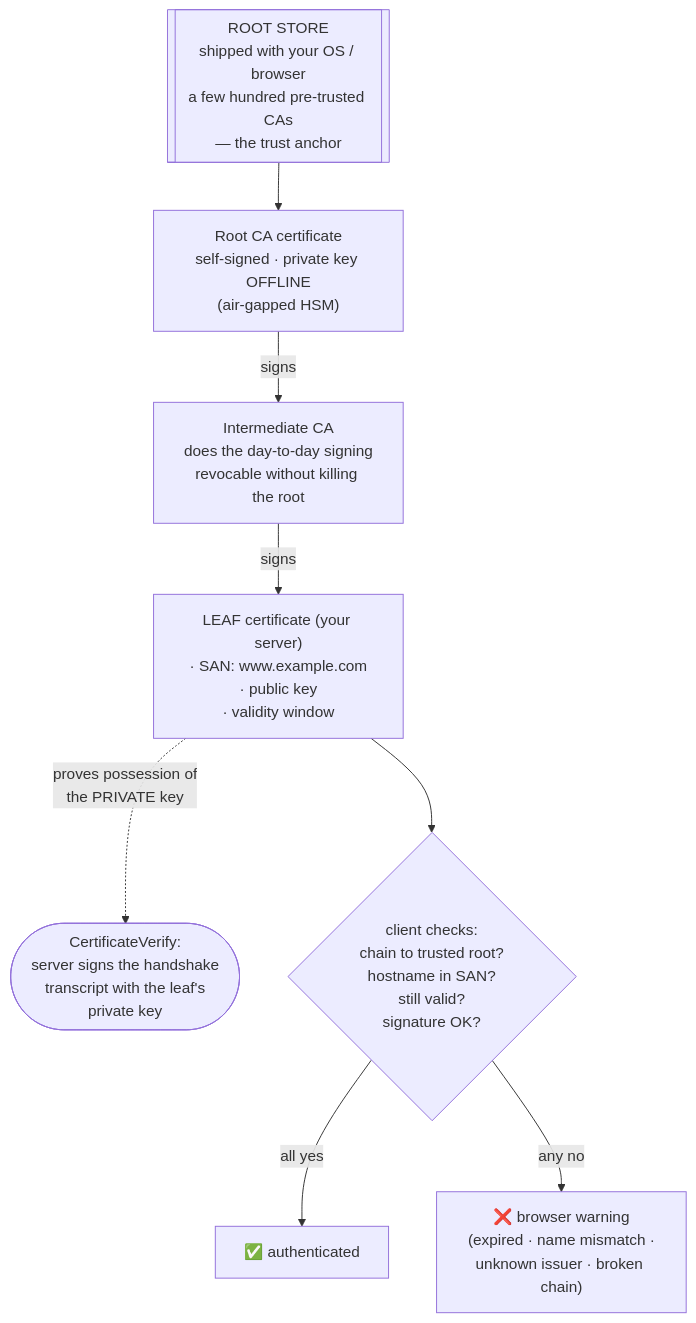
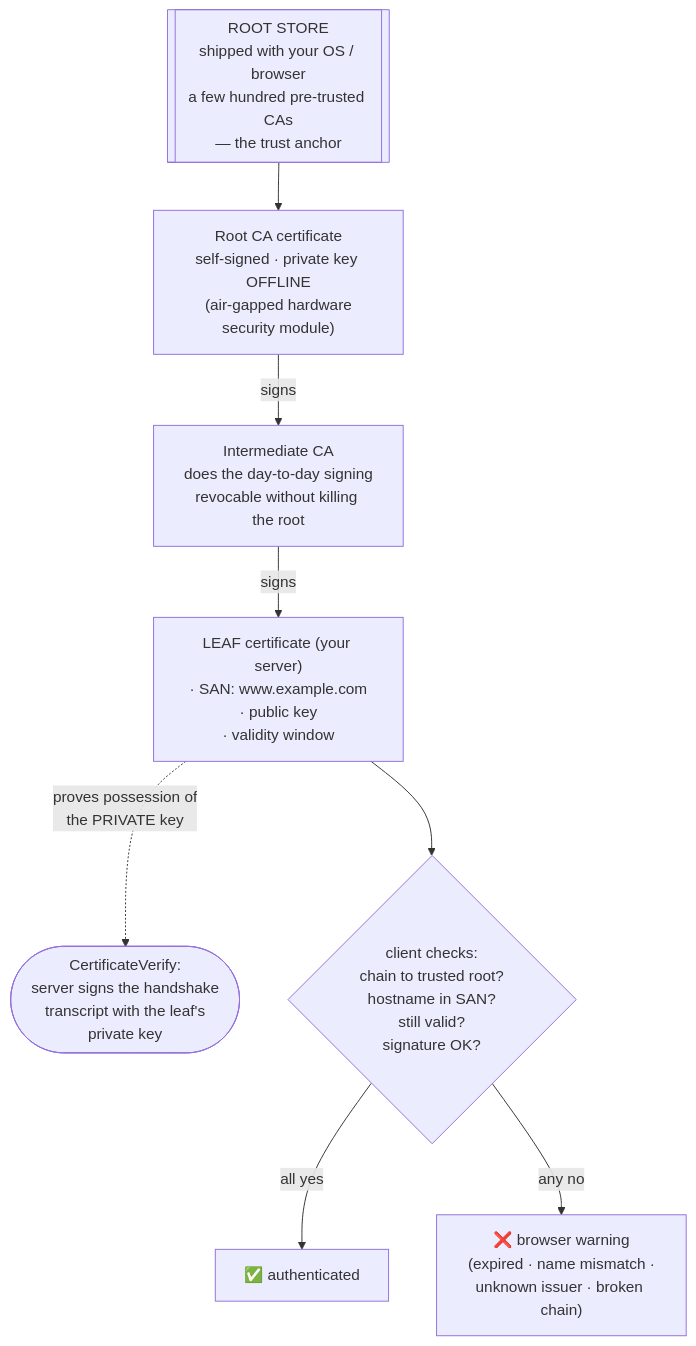
One commit to ustcer1984/Computer-Science-Software-Engineering-for-AI-Engineer changed the second of 3 diagrams in courses/02-networking-and-web/03-tls/01-what-https-guarantees.md. Above: the diagram before and after it, drawn with Mermaid. The commit also changed other lines of this file and 7 other files, not shown here.

````diff
--- a/courses/02-networking-and-web/03-tls/01-what-https-guarantees.md
+++ b/courses/02-networking-and-web/03-tls/01-what-https-guarantees.md
@@ -194,11 +197,11 @@
 ```mermaid
 flowchart TD
     RS[["ROOT STORE<br/>shipped with your OS / browser<br/>a few hundred pre-trusted CAs<br/>— the trust anchor"]]
-    RS --> R["Root CA certificate<br/>self-signed · private key OFFLINE<br/>(air-gapped HSM)"]
+    RS --> R["Root CA certificate<br/>self-signed · private key OFFLINE<br/>(air-gapped hardware<br/>security module)"]
     R -->|"signs"| I["Intermediate CA<br/>does the day-to-day signing<br/>revocable without killing the root"]
     I -->|"signs"| L["LEAF certificate (your server)<br/>· SAN: www.example.com<br/>· public key<br/>· validity window"]
     L -.->|"proves possession of<br/>the PRIVATE key"| P(["CertificateVerify:<br/>server signs the handshake<br/>transcript with the leaf's<br/>private key"])
     L --> V{"client checks:<br/>chain to trusted root?<br/>hostname in SAN?<br/>still valid?<br/>signature OK?"}
     V -->|"all yes"| OK["✅ authenticated"]
     V -->|"any no"| BAD["❌ browser warning<br/>(expired · name mismatch ·<br/>unknown issuer · broken chain)"]
 ```
````
